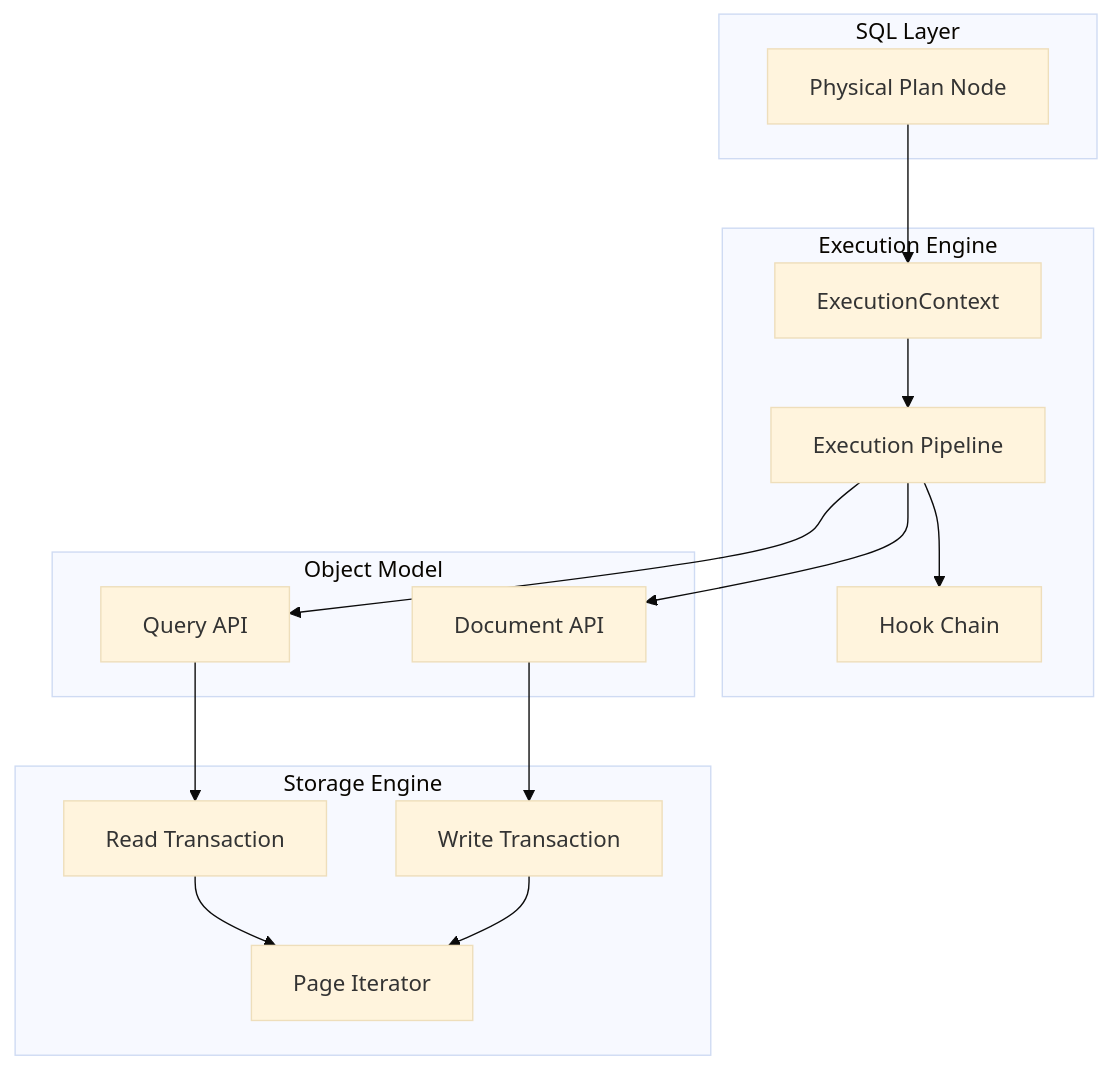
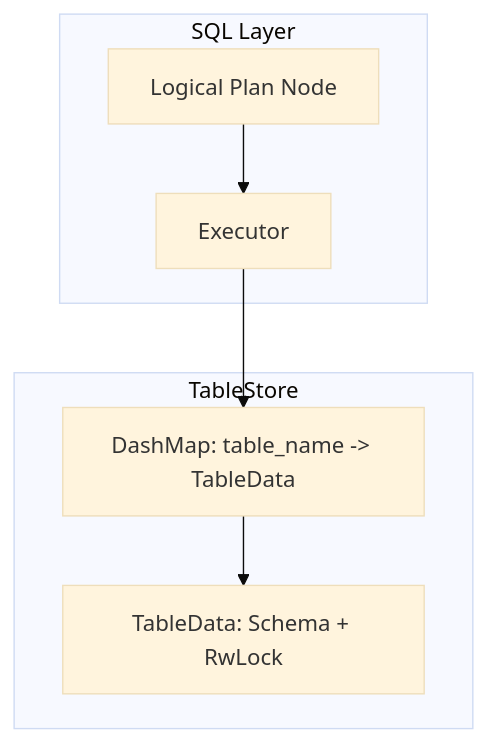
The fourth of 6 diagrams in docs/21-sql-layer.md (Icarus-afk/Nova-Runtime), drawn with Mermaid (base theme) before and after one commit. The commit also changed other lines of this file and 7 other files, not shown here.

First line of the commit message:
Update architecture docs to match Phase 3 implementation

````diff
--- a/docs/21-sql-layer.md
+++ b/docs/21-sql-layer.md
@@ -200,33 +174,16 @@
 ```mermaid
 flowchart TB
     subgraph "SQL Layer"
-        Plan[Physical Plan Node]
+        Plan[Logical Plan Node]
+        Exec[Executor]
     end
     
-    subgraph "Execution Engine"
-        ExecCtx[ExecutionContext]
-        Pipeline[Execution Pipeline]
-        HookChain[Hook Chain]
+    subgraph "TableStore"
+        Tables[DashMap: table_name -> TableData]
+        TableDataObj[TableData: Schema + RwLock<Rows>]
     end
     
-    subgraph "Object Model"
-        DocAPI[Document API]
-        QueryAPI[Query API]
-    end
-    
-    subgraph "Storage Engine"
-        ReadTx[Read Transaction]
-        WriteTx[Write Transaction]
-        Iterator[Page Iterator]
-    end
-    
-    Plan --> ExecCtx
-    ExecCtx --> Pipeline
-    Pipeline --> HookChain
-    Pipeline --> DocAPI
-    Pipeline --> QueryAPI
-    QueryAPI --> ReadTx
-    DocAPI --> WriteTx
-    ReadTx --> Iterator
-    WriteTx --> Iterator
+    Plan --> Exec
+    Exec --> Tables
+    Tables --> TableDataObj
 ```
````
